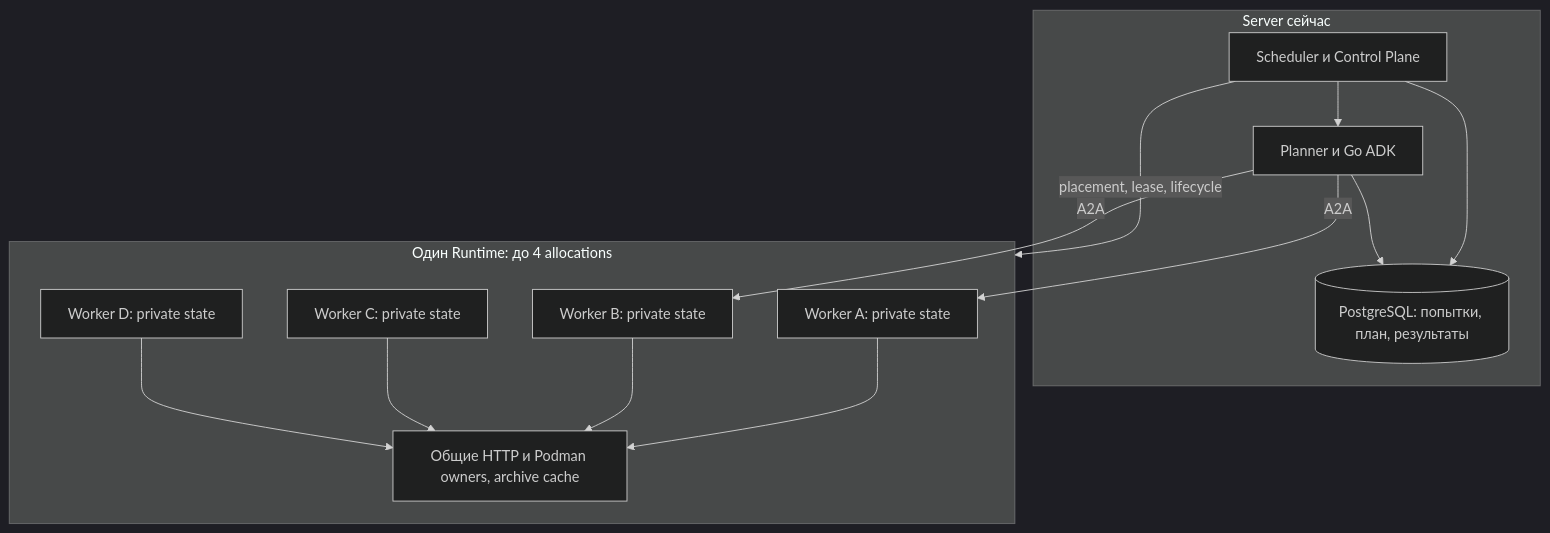
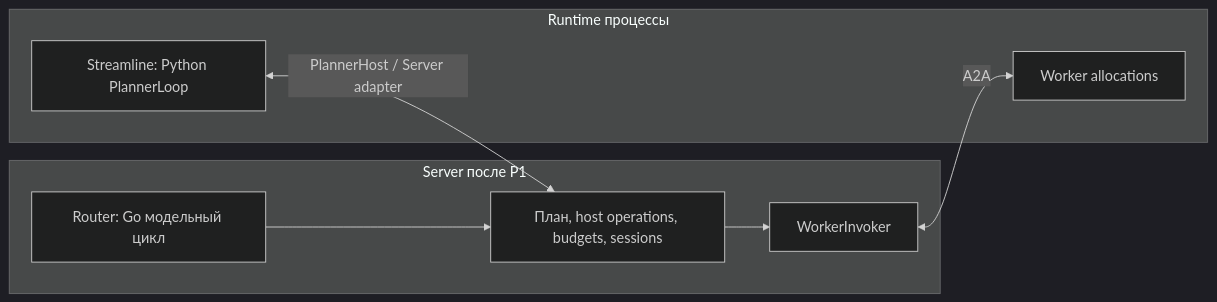
One commit to grauwolf32/contractor changed the first of 4 diagrams in docs/proposals/0058-runtime-planner-and-recovery.md. Above: the diagram before and after it, drawn with Mermaid (dark theme). The commit also changed other lines of this file and 7 other files, not shown here.

First line of the commit message:
docs(planner): plan Router runtime migration and defer recovery

````diff
--- a/docs/proposals/0058-runtime-planner-and-recovery.md
+++ b/docs/proposals/0058-runtime-planner-and-recovery.md
@@ -86,25 +24,16 @@
 ```mermaid
-flowchart TB
-    subgraph SERVER["Server сейчас"]
-        S["Scheduler и Control Plane"]
-        P["Planner и Go ADK"]
-        DB[("PostgreSQL: попытки, план, результаты")]
-        S --> P
-        S --> DB
-        P --> DB
-    end
-    subgraph RUNTIME["Один Runtime: до 4 allocations"]
-        A["Worker A: private state"]
-        B["Worker B: private state"]
-        C["Worker C: private state"]
-        D["Worker D: private state"]
-        E["Общие HTTP и Podman owners, archive cache"]
-        A --> E
-        B --> E
-        C --> E
-        D --> E
-    end
-    S -->|"placement, lease, lifecycle"| RUNTIME
-    P -->|"A2A"| A
-    P -->|"A2A"| B
+flowchart LR
+  subgraph Server["Server после P1"]
+    Router["Router: Go модельный цикл"]
+    Host["План, host operations, budgets, sessions"]
+    Invoker["WorkerInvoker"]
+    Router --> Host
+    Host --> Invoker
+  end
+  subgraph Runtime["Runtime процессы"]
+    Streamline["Streamline: Python PlannerLoop"]
+    Workers["Worker allocations"]
+  end
+  Streamline <-->|"PlannerHost / Server adapter"| Host
+  Invoker <-->|"A2A"| Workers
 ```
````
